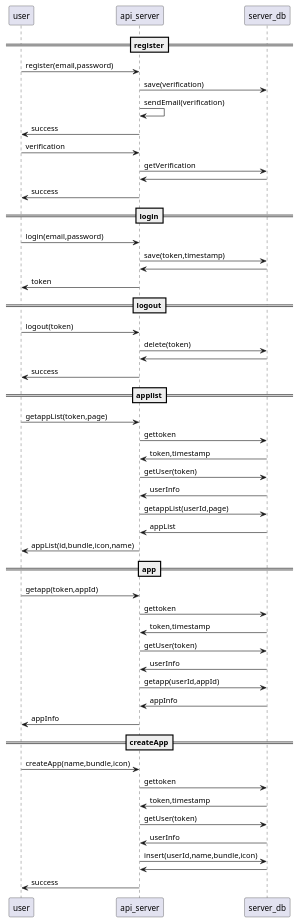
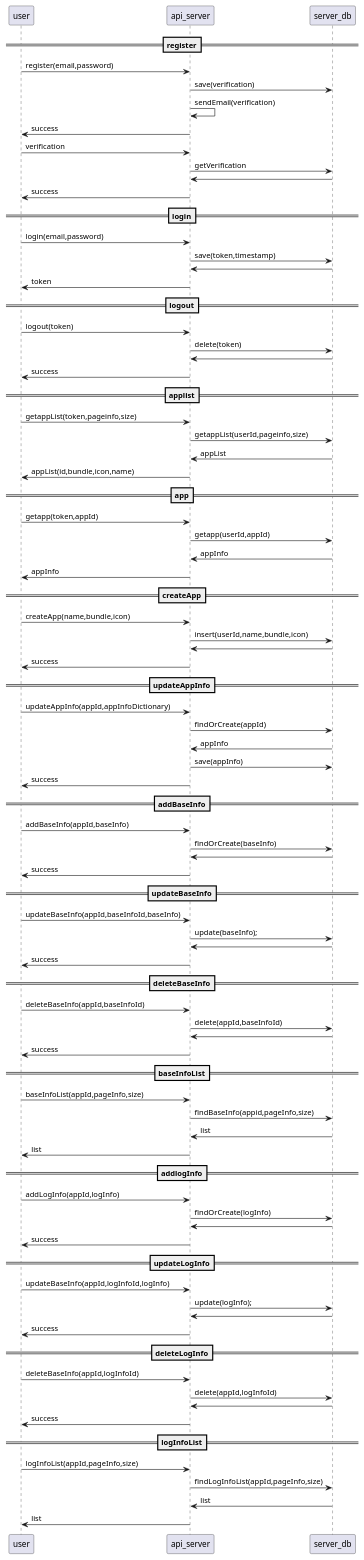
Before and after one commit to caicai0/CAIStatistics: the diagram in api/uml/user.puml, drawn with PlantUML. The commit also changed 11 other files, not shown here.

```diff
--- a/api/uml/user.puml
+++ b/api/uml/user.puml
@@ -1,64 +1,98 @@
 @startuml
 ==register==
 "user" as u -> "api_server" as a: register(email,password)
 a-> "server_db" as db :save(verification)
 a -> a:sendEmail(verification)
 u <- a : success
 
 u -> a : verification
 a -> db: getVerification
 a <- db
 u <- a : success
 
 ==login==
 u -> a : login(email,password)
 a -> db : save(token,timestamp)
 a <- db :
 u <- a : token
 
 ==logout==
-
 u -> a : logout(token)
 a -> db : delete(token)
 a <- db
 u <- a : success
 
 ==applist==
-u -> a : getappList(token,page)
-
-a -> db: gettoken
-a <- db: token,timestamp
-a -> db: getUser(token)
-a <- db: userInfo
-
-a -> db: getappList(userId,page)
+u -> a : getappList(token,pageinfo,size)
+a -> db: getappList(userId,pageinfo,size)
 a <- db: appList
 u <- a : appList(id,bundle,icon,name)
 
 ==app==
 u -> a : getapp(token,appId)
-
-a -> db: gettoken
-a <- db: token,timestamp
-a -> db: getUser(token)
-a <- db: userInfo
-
 a -> db : getapp(userId,appId)
 a <- db : appInfo
 u <- a : appInfo
 
 ==createApp==
-
 u -> a : createApp(name,bundle,icon)
-
-a -> db : gettoken
-a <- db : token,timestamp
-a -> db : getUser(token)
-a <- db : userInfo
-
 a -> db : insert(userId,name,bundle,icon)
 a <- db
-
 u <- a : success
 
+==updateAppInfo==
+u -> a : updateAppInfo(appId,appInfoDictionary)
+a -> db : findOrCreate(appId)
+a <- db : appInfo
+a -> db : save(appInfo)
+u <- a : success
+
+==addBaseInfo==
+u -> a : addBaseInfo(appId,baseInfo)
+a -> db: findOrCreate(baseInfo)
+a <- db:
+u <- a : success
+
+==updateBaseInfo==
+u -> a : updateBaseInfo(appId,baseInfoId,baseInfo)
+a -> db : update(baseInfo);
+a <- db :
+u <- a : success
+
+==deleteBaseInfo==
+u -> a : deleteBaseInfo(appId,baseInfoId)
+a -> db : delete(appId,baseInfoId)
+a <- db
+u <- a : success
+
+==baseInfoList==
+u -> a : baseInfoList(appId,pageInfo,size)
+a -> db : findBaseInfo(appid,pageInfo,size)
+a <- db : list
+u <- a  : list
+
+==addlogInfo==
+u -> a : addLogInfo(appId,logInfo)
+a -> db: findOrCreate(logInfo)
+a <- db:
+u <- a : success
+
+==updateLogInfo==
+u -> a : updateBaseInfo(appId,logInfoId,logInfo)
+a -> db : update(logInfo);
+a <- db :
+u <- a : success
+
+==deleteLogInfo==
+u -> a : deleteBaseInfo(appId,logInfoId)
+a -> db : delete(appId,logInfoId)
+a <- db
+u <- a : success
+
+==logInfoList==
+u -> a : logInfoList(appId,pageInfo,size)
+a -> db : findLogInfoList(appId,pageInfo,size)
+a <- db : list
+u <- a  : list
+
 @enduml
```
